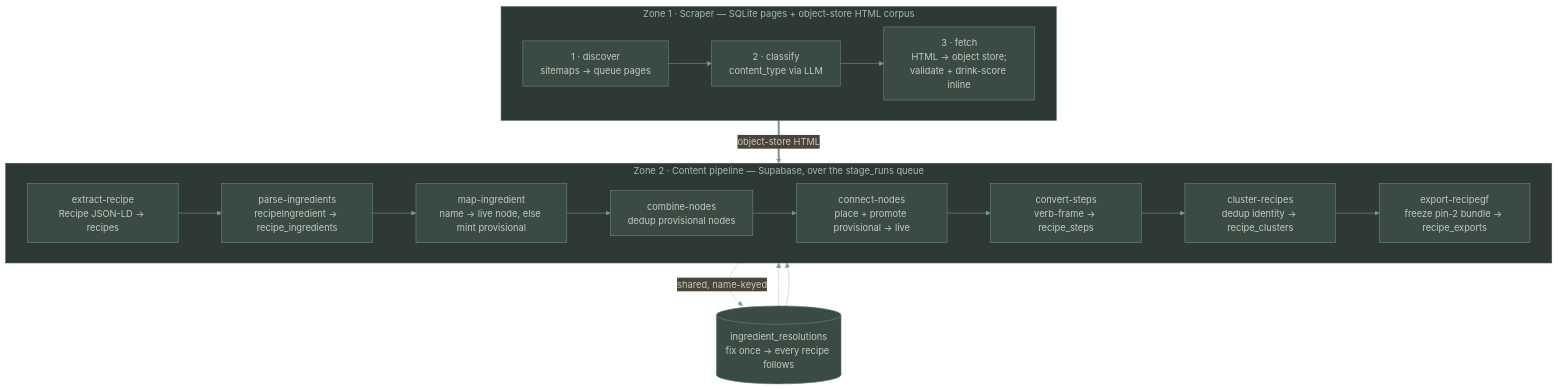
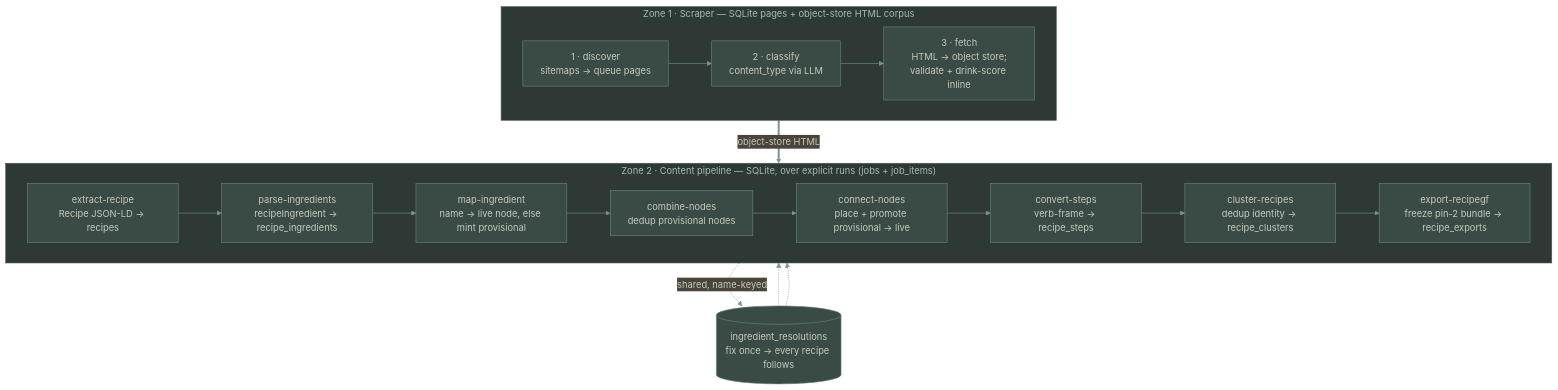
One commit to mrjogo/spiritolo changed the diagram in docs/pipeline.md. Above: the diagram before and after it, drawn with Mermaid. The commit also changed other lines of this file and 286 other files, not shown here.

````diff
--- a/docs/pipeline.md
+++ b/docs/pipeline.md
@@ -17,38 +17,38 @@
 ```mermaid
 %%{init: {'theme':'base', 'themeVariables': {
   'background': '#2a3531',
   'primaryColor': '#3a4a44',
   'primaryTextColor': '#c4ccbd',
   'primaryBorderColor': '#6b8a82',
   'lineColor': '#7a978a',
   'clusterBkg': '#2e3936',
   'clusterBorder': '#4a5e58',
   'fontFamily': 'system-ui, -apple-system, sans-serif'
 }}}%%
 flowchart TD
     subgraph Z1 ["Zone 1 · Scraper — SQLite pages + object-store HTML corpus"]
         direction LR
         D["1 · discover<br/>sitemaps → queue pages"]
         C["2 · classify<br/>content_type via LLM"]
         F["3 · fetch<br/>HTML → object store;<br/>validate + drink-score inline"]
         D --> C --> F
     end
 
-    subgraph Z2 ["Zone 2 · Content pipeline — Supabase, over the stage_runs queue"]
+    subgraph Z2 ["Zone 2 · Content pipeline — SQLite, over explicit runs (jobs + job_items)"]
         direction LR
         X["extract-recipe<br/>Recipe JSON-LD → recipes"]
         P["parse-ingredients<br/>recipeIngredient → recipe_ingredients"]
         M["map-ingredient<br/>name → live node, else mint provisional"]
         CB["combine-nodes<br/>dedup provisional nodes"]
         CN["connect-nodes<br/>place + promote provisional → live"]
         CV["convert-steps<br/>verb-frame → recipe_steps"]
         CL["cluster-recipes<br/>dedup identity → recipe_clusters"]
         EX["export-recipegf<br/>freeze pin-2 bundle → recipe_exports"]
         X --> P --> M --> CB --> CN --> CV --> CL --> EX
     end
 
     F ==>|object-store HTML| X
     M -.->|shared, name-keyed| IR[("ingredient_resolutions<br/>fix once → every recipe follows")]
     IR -.-> CV
     IR -.-> EX
 ```
````
